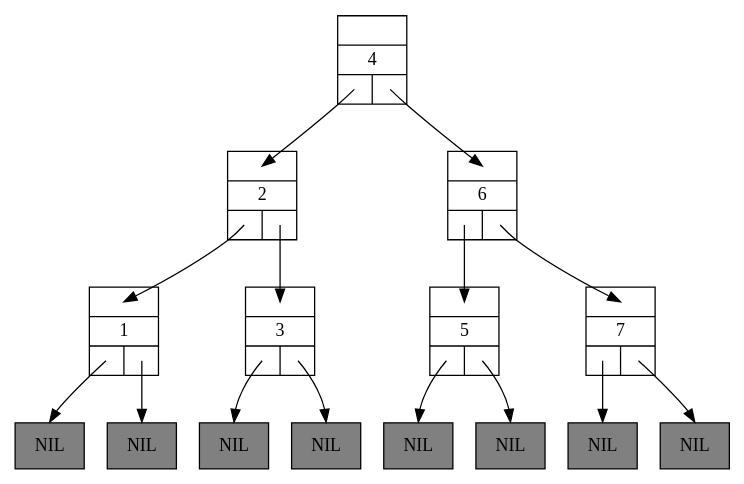
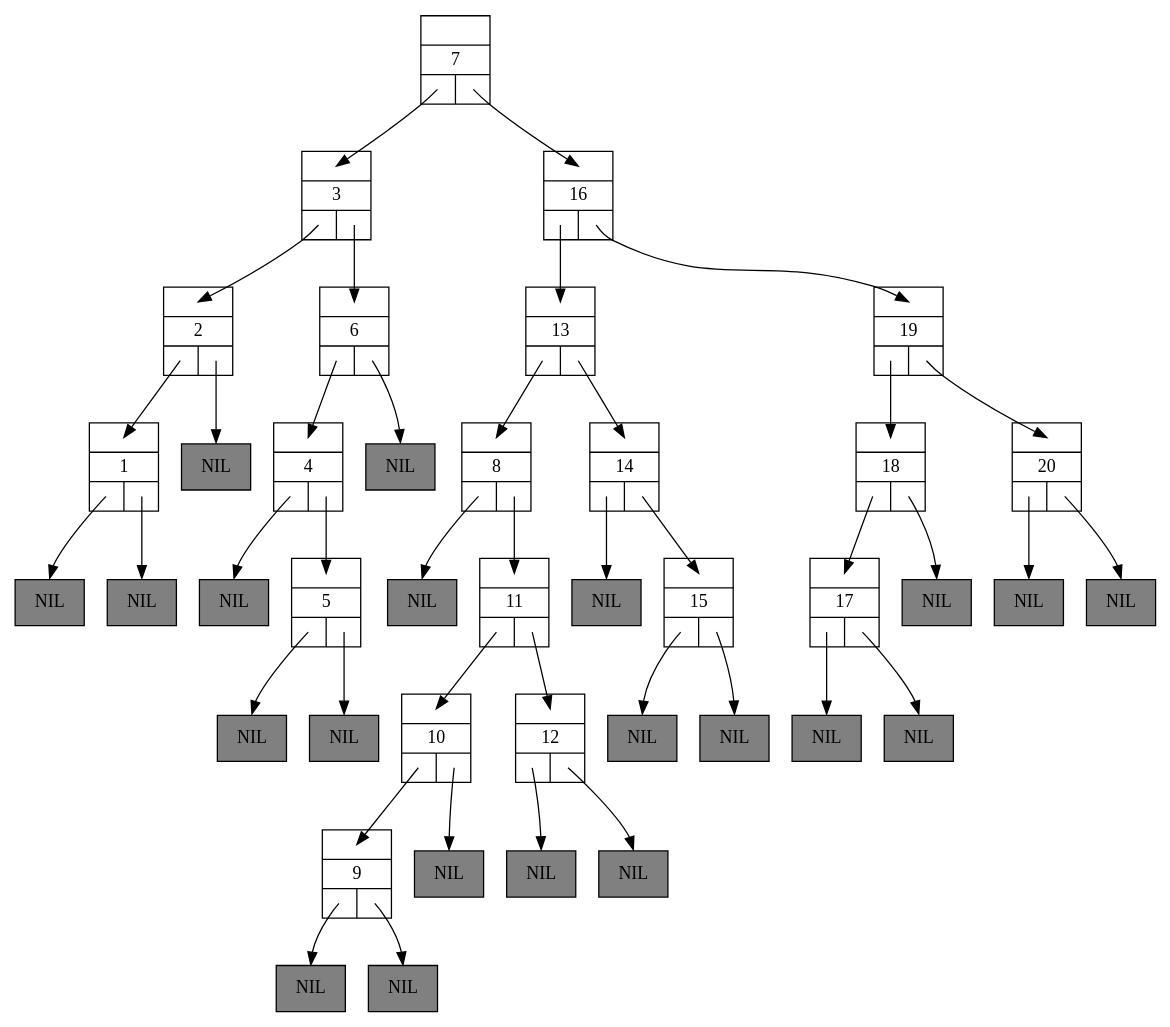
Before and after one commit to Bjornieee/Algo3_TP5: the diagram in Code/FullTree.dot, drawn with Graphviz. The commit also changed 58 other files, not shown here.

```diff
--- a/Code/FullTree.dot
+++ b/Code/FullTree.dot
@@ -1,35 +1,87 @@
 digraph BinarySearchTree {
 	graph [ranksep=0.5];
 	node [shape = record];
 
-	n4 [label="{{<parent>}|4|{<left>|<right>}}"];
-	n4:left:c -> n2:parent:c [headclip=false, tailclip=false]
-	n4:right:c -> n6:parent:c [headclip=false, tailclip=false]
+	n7 [label="{{<parent>}|7|{<left>|<right>}}"];
+	n7:left:c -> n3:parent:c [headclip=false, tailclip=false]
+	n7:right:c -> n16:parent:c [headclip=false, tailclip=false]
+	n3 [label="{{<parent>}|3|{<left>|<right>}}"];
+	n3:left:c -> n2:parent:c [headclip=false, tailclip=false]
+	n3:right:c -> n6:parent:c [headclip=false, tailclip=false]
+	n16 [label="{{<parent>}|16|{<left>|<right>}}"];
+	n16:left:c -> n13:parent:c [headclip=false, tailclip=false]
+	n16:right:c -> n19:parent:c [headclip=false, tailclip=false]
 	n2 [label="{{<parent>}|2|{<left>|<right>}}"];
 	n2:left:c -> n1:parent:c [headclip=false, tailclip=false]
-	n2:right:c -> n3:parent:c [headclip=false, tailclip=false]
+	rnil2 [style=filled, fillcolor=grey, label="NIL"];
+	n2:right:c -> rnil2:n [headclip=false, tailclip=false]
 	n6 [label="{{<parent>}|6|{<left>|<right>}}"];
-	n6:left:c -> n5:parent:c [headclip=false, tailclip=false]
-	n6:right:c -> n7:parent:c [headclip=false, tailclip=false]
+	n6:left:c -> n4:parent:c [headclip=false, tailclip=false]
+	rnil6 [style=filled, fillcolor=grey, label="NIL"];
+	n6:right:c -> rnil6:n [headclip=false, tailclip=false]
+	n13 [label="{{<parent>}|13|{<left>|<right>}}"];
+	n13:left:c -> n8:parent:c [headclip=false, tailclip=false]
+	n13:right:c -> n14:parent:c [headclip=false, tailclip=false]
+	n19 [label="{{<parent>}|19|{<left>|<right>}}"];
+	n19:left:c -> n18:parent:c [headclip=false, tailclip=false]
+	n19:right:c -> n20:parent:c [headclip=false, tailclip=false]
 	n1 [label="{{<parent>}|1|{<left>|<right>}}"];
 	lnil1 [style=filled, fillcolor=grey, label="NIL"];
 	n1:left:c -> lnil1:n [headclip=false, tailclip=false]
 	rnil1 [style=filled, fillcolor=grey, label="NIL"];
 	n1:right:c -> rnil1:n [headclip=false, tailclip=false]
-	n3 [label="{{<parent>}|3|{<left>|<right>}}"];
-	lnil3 [style=filled, fillcolor=grey, label="NIL"];
-	n3:left:c -> lnil3:n [headclip=false, tailclip=false]
-	rnil3 [style=filled, fillcolor=grey, label="NIL"];
-	n3:right:c -> rnil3:n [headclip=false, tailclip=false]
+	n4 [label="{{<parent>}|4|{<left>|<right>}}"];
+	lnil4 [style=filled, fillcolor=grey, label="NIL"];
+	n4:left:c -> lnil4:n [headclip=false, tailclip=false]
+	n4:right:c -> n5:parent:c [headclip=false, tailclip=false]
+	n8 [label="{{<parent>}|8|{<left>|<right>}}"];
+	lnil8 [style=filled, fillcolor=grey, label="NIL"];
+	n8:left:c -> lnil8:n [headclip=false, tailclip=false]
+	n8:right:c -> n11:parent:c [headclip=false, tailclip=false]
+	n14 [label="{{<parent>}|14|{<left>|<right>}}"];
+	lnil14 [style=filled, fillcolor=grey, label="NIL"];
+	n14:left:c -> lnil14:n [headclip=false, tailclip=false]
+	n14:right:c -> n15:parent:c [headclip=false, tailclip=false]
+	n18 [label="{{<parent>}|18|{<left>|<right>}}"];
+	n18:left:c -> n17:parent:c [headclip=false, tailclip=false]
+	rnil18 [style=filled, fillcolor=grey, label="NIL"];
+	n18:right:c -> rnil18:n [headclip=false, tailclip=false]
+	n20 [label="{{<parent>}|20|{<left>|<right>}}"];
+	lnil20 [style=filled, fillcolor=grey, label="NIL"];
+	n20:left:c -> lnil20:n [headclip=false, tailclip=false]
+	rnil20 [style=filled, fillcolor=grey, label="NIL"];
+	n20:right:c -> rnil20:n [headclip=false, tailclip=false]
 	n5 [label="{{<parent>}|5|{<left>|<right>}}"];
 	lnil5 [style=filled, fillcolor=grey, label="NIL"];
 	n5:left:c -> lnil5:n [headclip=false, tailclip=false]
 	rnil5 [style=filled, fillcolor=grey, label="NIL"];
 	n5:right:c -> rnil5:n [headclip=false, tailclip=false]
-	n7 [label="{{<parent>}|7|{<left>|<right>}}"];
-	lnil7 [style=filled, fillcolor=grey, label="NIL"];
-	n7:left:c -> lnil7:n [headclip=false, tailclip=false]
-	rnil7 [style=filled, fillcolor=grey, label="NIL"];
-	n7:right:c -> rnil7:n [headclip=false, tailclip=false]
+	n11 [label="{{<parent>}|11|{<left>|<right>}}"];
+	n11:left:c -> n10:parent:c [headclip=false, tailclip=false]
+	n11:right:c -> n12:parent:c [headclip=false, tailclip=false]
+	n15 [label="{{<parent>}|15|{<left>|<right>}}"];
+	lnil15 [style=filled, fillcolor=grey, label="NIL"];
+	n15:left:c -> lnil15:n [headclip=false, tailclip=false]
+	rnil15 [style=filled, fillcolor=grey, label="NIL"];
+	n15:right:c -> rnil15:n [headclip=false, tailclip=false]
+	n17 [label="{{<parent>}|17|{<left>|<right>}}"];
+	lnil17 [style=filled, fillcolor=grey, label="NIL"];
+	n17:left:c -> lnil17:n [headclip=false, tailclip=false]
+	rnil17 [style=filled, fillcolor=grey, label="NIL"];
+	n17:right:c -> rnil17:n [headclip=false, tailclip=false]
+	n10 [label="{{<parent>}|10|{<left>|<right>}}"];
+	n10:left:c -> n9:parent:c [headclip=false, tailclip=false]
+	rnil10 [style=filled, fillcolor=grey, label="NIL"];
+	n10:right:c -> rnil10:n [headclip=false, tailclip=false]
+	n12 [label="{{<parent>}|12|{<left>|<right>}}"];
+	lnil12 [style=filled, fillcolor=grey, label="NIL"];
+	n12:left:c -> lnil12:n [headclip=false, tailclip=false]
+	rnil12 [style=filled, fillcolor=grey, label="NIL"];
+	n12:right:c -> rnil12:n [headclip=false, tailclip=false]
+	n9 [label="{{<parent>}|9|{<left>|<right>}}"];
+	lnil9 [style=filled, fillcolor=grey, label="NIL"];
+	n9:left:c -> lnil9:n [headclip=false, tailclip=false]
+	rnil9 [style=filled, fillcolor=grey, label="NIL"];
+	n9:right:c -> rnil9:n [headclip=false, tailclip=false]
 
 }
```
